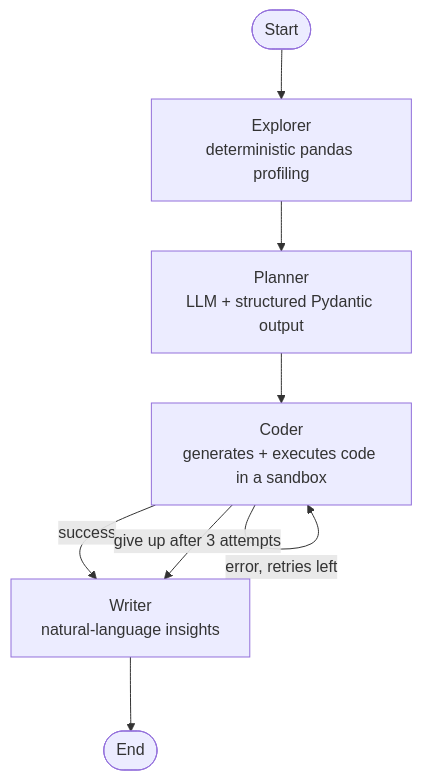
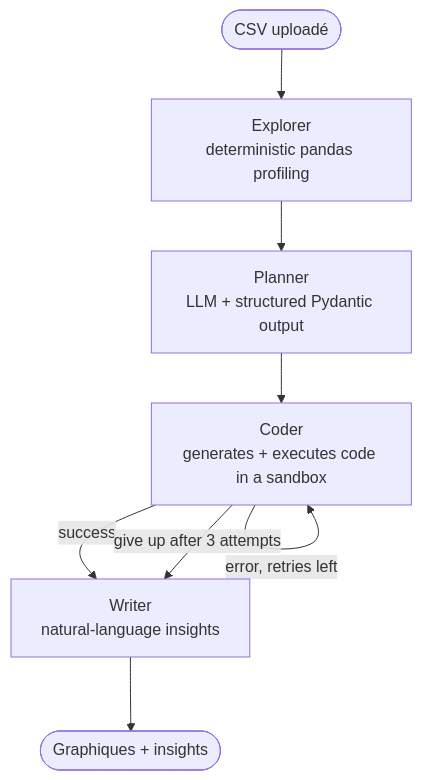
The diagram in README.md (Maggydata/ai-data-analyst-langgraph), drawn with Mermaid before and after one commit. The commit also changed other lines of this file, not shown here.

````diff
--- a/README.md
+++ b/README.md
@@ -28,10 +28,10 @@
 ```mermaid
 graph TD
-    START([Start]) --> EXP[ Explorer<br/>deterministic pandas profiling]
+    START([CSV uploadé]) --> EXP[ Explorer<br/>deterministic pandas profiling]
     EXP --> PLAN[ Planner<br/>LLM + structured Pydantic output]
     PLAN --> CODE[ Coder<br/>generates + executes code in a sandbox]
     CODE -->|success| WRITE[ Writer<br/>natural-language insights]
     CODE -->|error, retries left| CODE
     CODE -->|give up after 3 attempts| WRITE
-    WRITE --> END([End])
+    WRITE --> END([Graphiques + insights])
 ```
````
